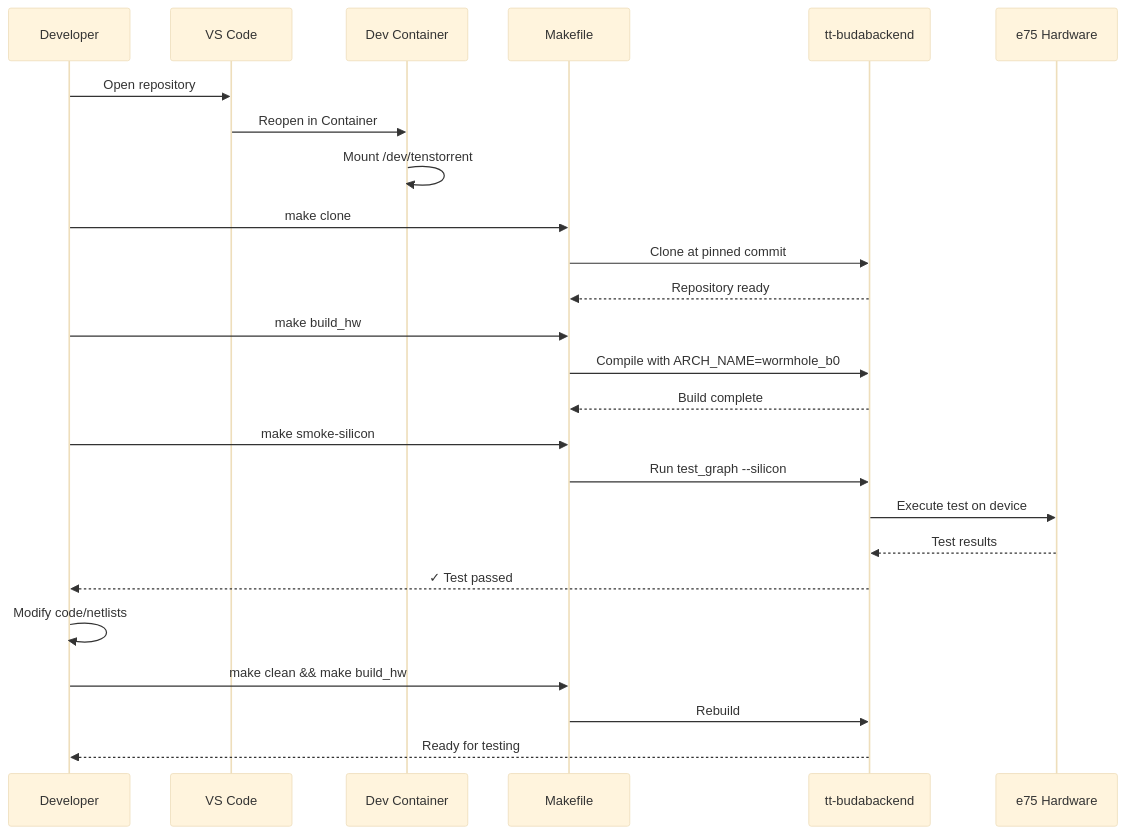
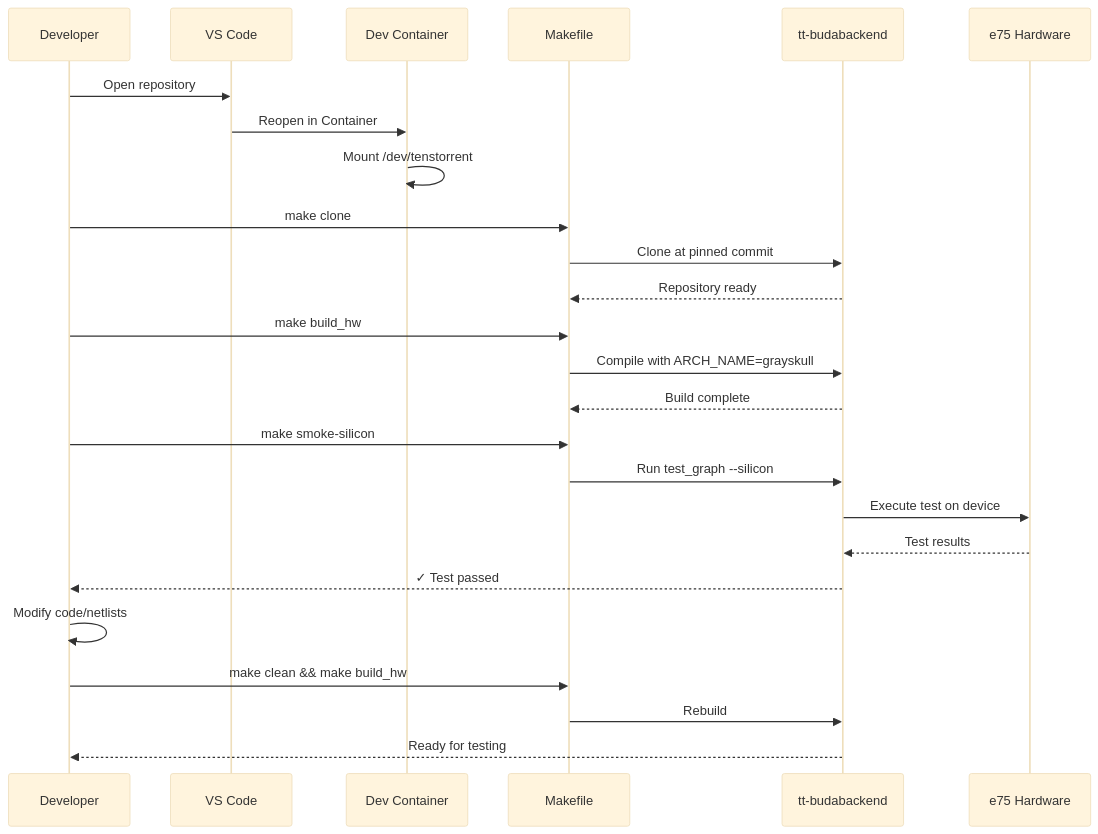
The fifth of 8 diagrams in README.md (danindiana/tt-wormhole-e75-container), drawn with Mermaid (base theme) before and after one commit. The commit also changed other lines of this file and 28 other files, not shown here.

````diff
--- a/README.md
+++ b/README.md
@@ -191,32 +193,32 @@
 ```mermaid
 sequenceDiagram
     participant Dev as Developer
     participant VSCode as VS Code
     participant Container as Dev Container
     participant Makefile as Makefile
     participant Backend as tt-budabackend
     participant Hardware as e75 Hardware
 
     Dev->>VSCode: Open repository
     VSCode->>Container: Reopen in Container
     Container->>Container: Mount /dev/tenstorrent
 
     Dev->>Makefile: make clone
     Makefile->>Backend: Clone at pinned commit
     Backend-->>Makefile: Repository ready
 
     Dev->>Makefile: make build_hw
-    Makefile->>Backend: Compile with ARCH_NAME=wormhole_b0
+    Makefile->>Backend: Compile with ARCH_NAME=grayskull
     Backend-->>Makefile: Build complete
 
     Dev->>Makefile: make smoke-silicon
     Makefile->>Backend: Run test_graph --silicon
     Backend->>Hardware: Execute test on device
     Hardware-->>Backend: Test results
     Backend-->>Dev: ✓ Test passed
 
     Dev->>Dev: Modify code/netlists
     Dev->>Makefile: make clean && make build_hw
     Makefile->>Backend: Rebuild
     Backend-->>Dev: Ready for testing
 ```
````
